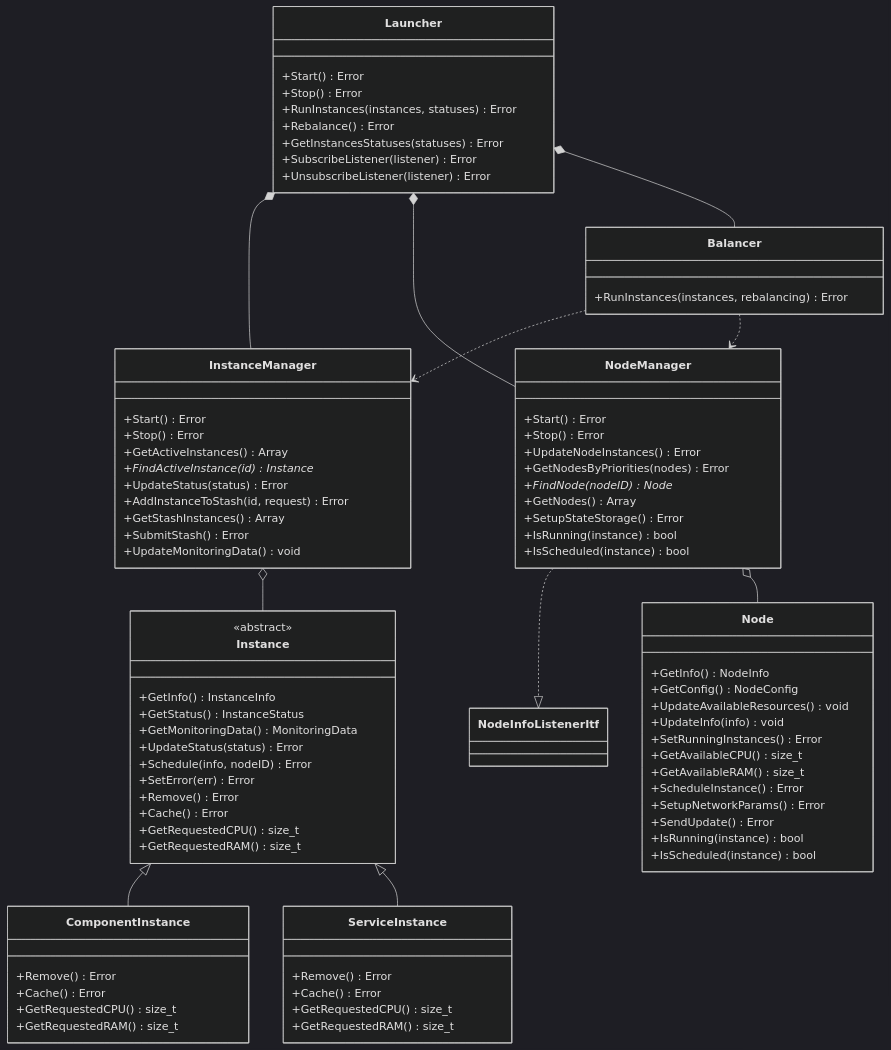
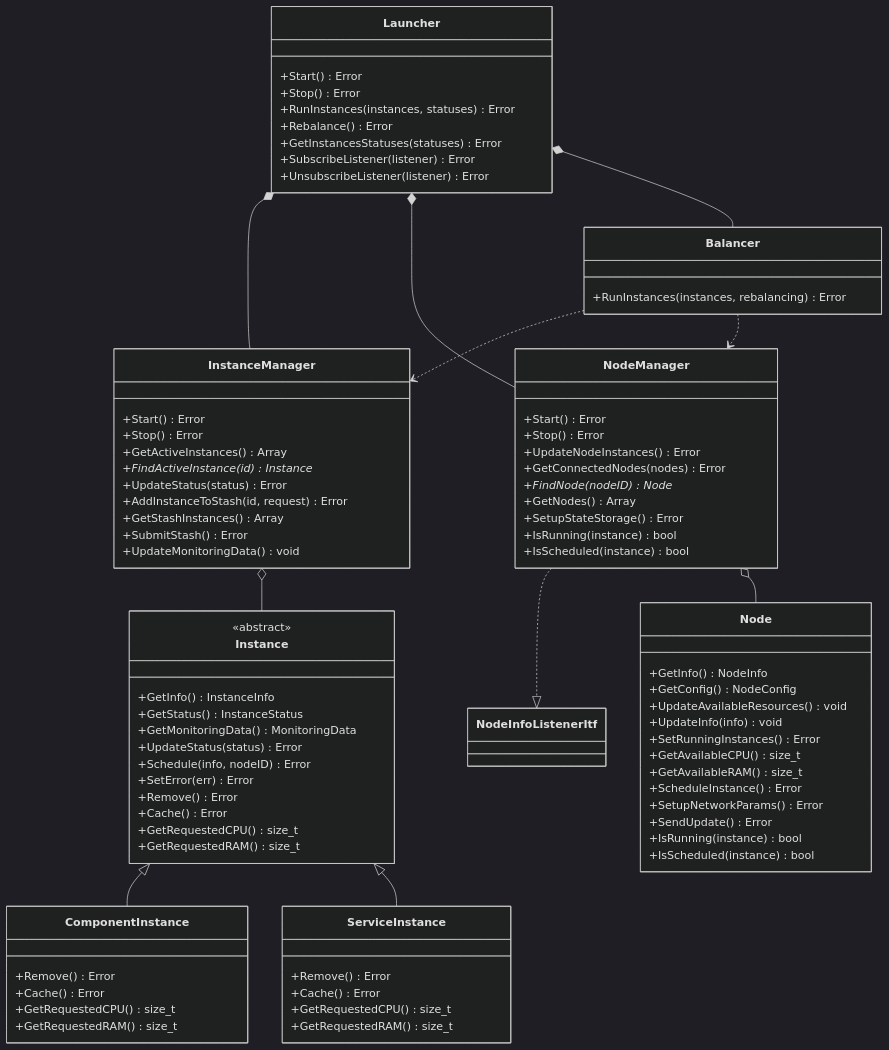
One commit to aosedge/aos_core_lib_cpp changed the fourth of 4 diagrams in src/core/cm/launcher/launcher.md. Above: the diagram before and after it, drawn with Mermaid (dark theme). The commit also changed 7 other files, not shown here.

```diff
--- a/src/core/cm/launcher/launcher.md
+++ b/src/core/cm/launcher/launcher.md
@@ -269,7 +269,7 @@
         +Start() Error
         +Stop() Error
         +UpdateNodeInstances() Error
-        +GetNodesByPriorities(nodes) Error
+        +GetConnectedNodes(nodes) Error
         +FindNode(nodeID) Node*
         +GetNodes() Array
         +SetupStateStorage() Error
```
